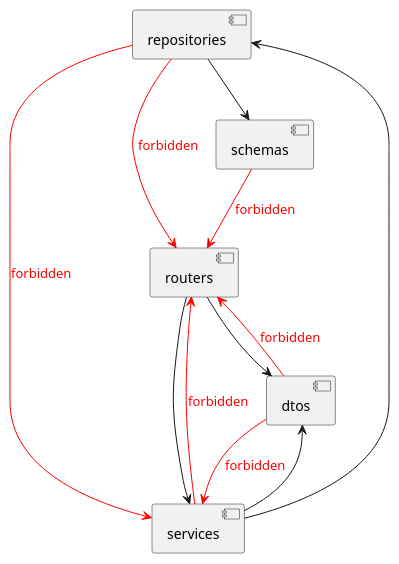
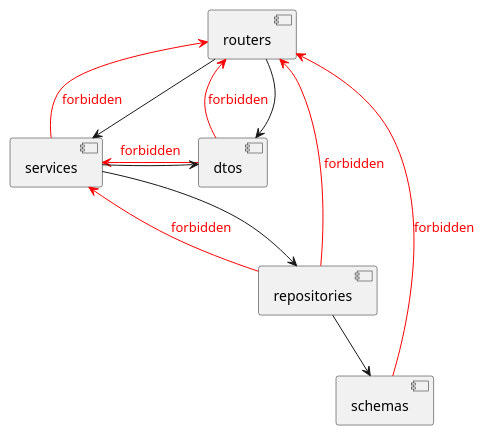
Before and after one commit to SQS-THRO/Tanker24: the diagram in docs/testConcept.md, drawn with PlantUML.

Commit message:
#191 changed layout of dependency graph

````diff
--- a/docs/testConcept.md
+++ b/docs/testConcept.md
@@ -34,20 +34,20 @@
 ```puml
-[repositories]
-[dtos]
 [routers]
 [services]
+[dtos]
+[repositories]
 [schemas]
 
-[services] -[#red]-> [routers]: <color:red>forbidden</color>
-[schemas] -[#red]-> [routers]: <color:red>forbidden</color>
-[dtos] -[#red]-> [routers]: <color:red>forbidden</color>
-[dtos] -[#red]-> [services]: <color:red>forbidden</color>
-[repositories] -[#red]-> [routers]: <color:red>forbidden</color>
-[repositories] -[#red]-> [services]: <color:red>forbidden</color>
+[services] -[#red]up-> [routers]: <color:red>forbidden</color>
+[schemas] -[#red]up-> [routers]: <color:red>forbidden</color>
+[dtos] -[#red]up-> [routers]: <color:red>forbidden</color>
+[dtos] -[#red]left-> [services]: <color:red>forbidden</color>
+[repositories] -[#red]up-> [routers]: <color:red>forbidden</color>
+[repositories] -[#red]up-> [services]: <color:red>forbidden</color>
 
-[routers] --> [services]
-[services] --> [repositories]
-[services] --> [dtos]
-[routers] --> [dtos]
-[repositories] --> [schemas]
+[routers] -down-> [services]
+[services] -down-> [repositories]
+[services] -right-> [dtos]
+[routers] -down-> [dtos]
+[repositories] -down-> [schemas]
 ```
````
